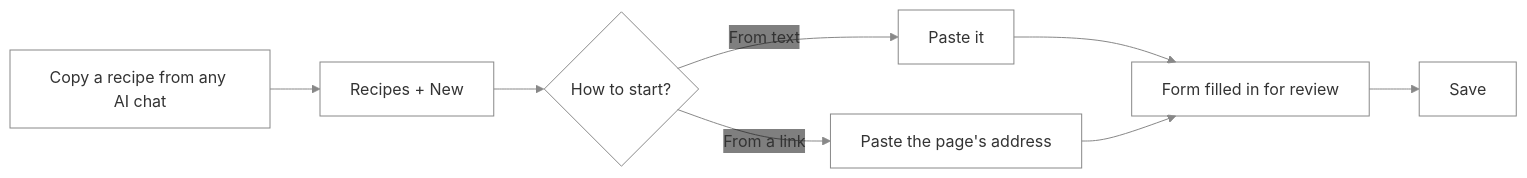
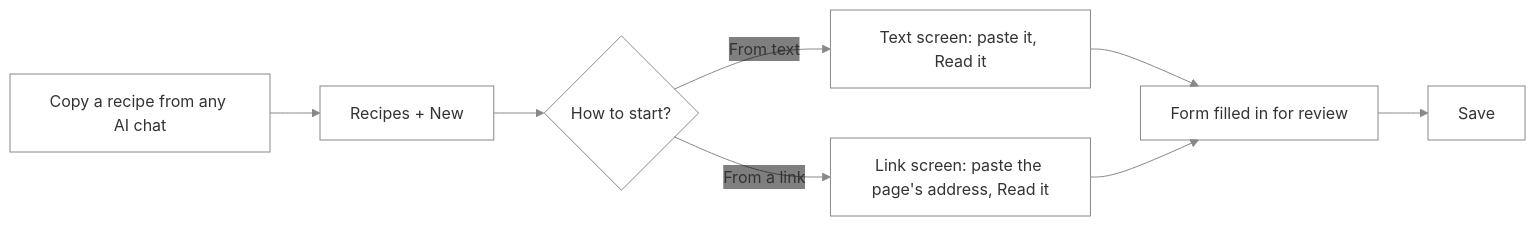
Before and after one commit to NovaMoonX/moondreams-dev-apps: diagram 30 of 31 in src/apps/pinch/UX.md, drawn with Mermaid. The commit also changed other lines of this file and 2 other files, not shown here.

First line of the commit message:
Pinch redesign: docs for the recipe start flow, nutrition basis, view options and help modal

````diff
--- a/src/apps/pinch/UX.md
+++ b/src/apps/pinch/UX.md
@@ -808,10 +883,10 @@
 ```mermaid
 %%{init: {'theme': 'base', 'themeVariables': {'primaryColor': 'transparent', 'clusterBkg': 'transparent', 'primaryBorderColor': '#888888', 'clusterBorder': '#888888', 'lineColor': '#888888', 'primaryTextColor': '#333333'}}}%%
 flowchart LR
     A[Copy a recipe from any AI chat] --> B[Recipes + New] --> C{"How to start?"}
-    C -->|From text| D[Paste it]
-    C -->|From a link| E[Paste the page's address]
+    C -->|From text| D["Text screen: paste it, Read it"]
+    C -->|From a link| E["Link screen: paste the page's address, Read it"]
     D --> F["Form filled in for review"]
     E --> F
     F --> G[Save]
 ```
````
